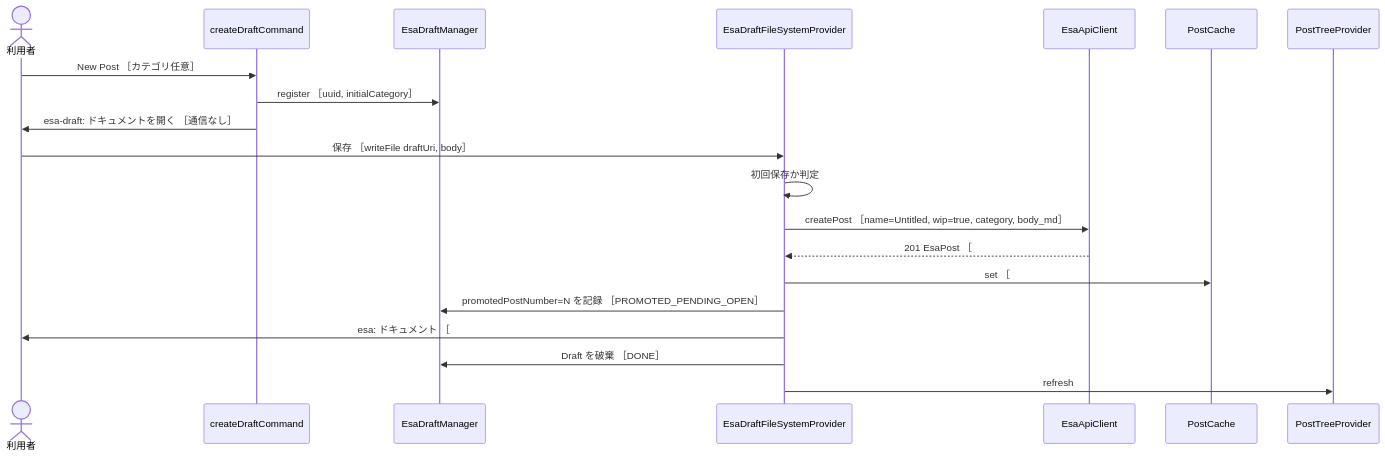
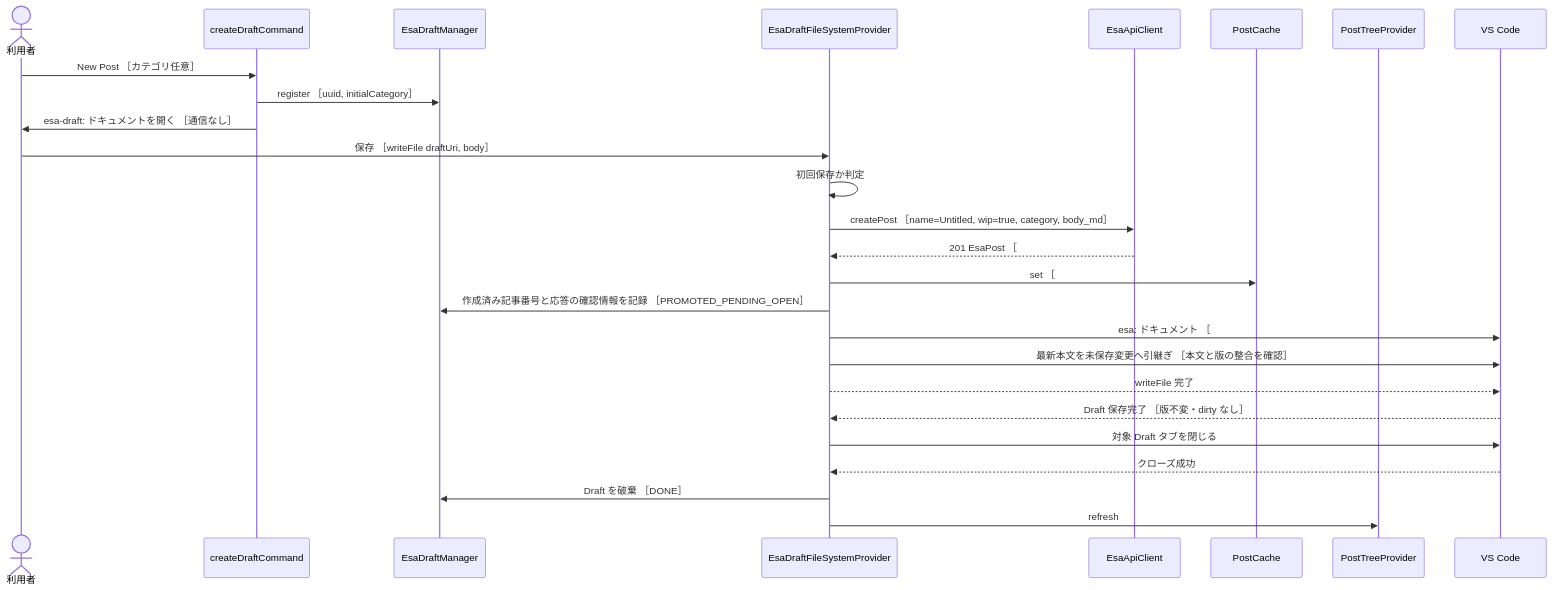
The first of 8 diagrams in .github/copilot/plans/3-create-post.md (LevelCapCoJapanTools/vscode_esa_explorer), drawn with Mermaid before and after one commit. The commit also changed other lines of this file and 1 other file, not shown here.

````diff
--- a/.github/copilot/plans/3-create-post.md
+++ b/.github/copilot/plans/3-create-post.md
@@ -153,23 +154,29 @@
 ```mermaid
 sequenceDiagram
     actor User as 利用者
     participant Cmd as createDraftCommand
     participant Mgr as EsaDraftManager
     participant DP as EsaDraftFileSystemProvider
     participant Api as EsaApiClient
     participant Cache as PostCache
     participant Tree as PostTreeProvider
+    participant VS as VS Code
 
     User->>Cmd: New Post ［カテゴリ任意］
     Cmd->>Mgr: register ［uuid, initialCategory］
     Cmd->>User: esa-draft: ドキュメントを開く ［通信なし］
     User->>DP: 保存 ［writeFile draftUri, body］
     DP->>DP: 初回保存か判定
     DP->>Api: createPost ［name=Untitled, wip=true, category, body_md］
     Api-->>DP: 201 EsaPost ［#N］
     DP->>Cache: set ［#N］
-    DP->>Mgr: promotedPostNumber=N を記録 ［PROMOTED_PENDING_OPEN］
-    DP->>User: esa: ドキュメント ［#N］を開く
+    DP->>Mgr: 作成済み記事番号と応答の確認情報を記録 ［PROMOTED_PENDING_OPEN］
+    DP->>VS: esa: ドキュメント ［#N］を開く
+    DP->>VS: 最新本文を未保存変更へ引継ぎ ［本文と版の整合を確認］
+    DP-->>VS: writeFile 完了
+    VS-->>DP: Draft 保存完了 ［版不変・dirty なし］
+    DP->>VS: 対象 Draft タブを閉じる
+    VS-->>DP: クローズ成功
     DP->>Mgr: Draft を破棄 ［DONE］
     DP->>Tree: refresh
 ```
````
